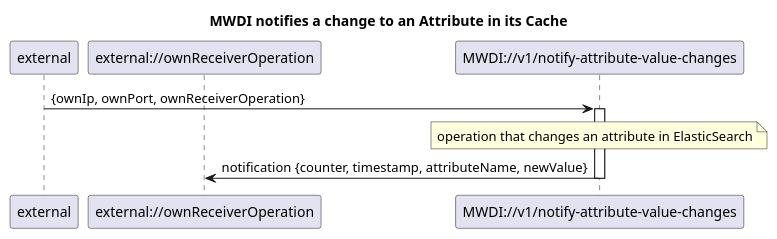
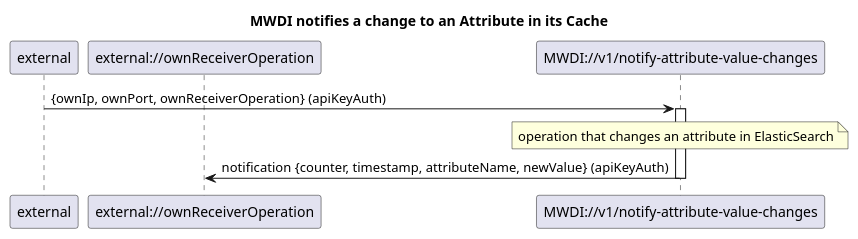
One commit to openBackhaul/MicroWaveDeviceInventory changed the diagram in spec/diagrams/120_MwdiNotifiesAttributeChange.plantuml. Above: the diagram before and after it, drawn with PlantUML. The commit also changed 9 other files, not shown here.

Commit message:
Update ServiceList based on diagrams

```diff
--- a/spec/diagrams/120_MwdiNotifiesAttributeChange.plantuml
+++ b/spec/diagrams/120_MwdiNotifiesAttributeChange.plantuml
@@ -1,18 +1,18 @@
 @startuml 120_MwdiNotifiesAttributeChange
 skinparam responseMessageBelowArrow true
 
 title MWDI notifies a change to an Attribute in its Cache
 
 participant "external" as external
 participant "external://ownReceiverOperation" as receiverOperation
 participant "MWDI://v1/notify-attribute-value-changes" as notifyAttributeChange
 
-external -> notifyAttributeChange: {ownIp, ownPort, ownReceiverOperation}
+external -> notifyAttributeChange: {ownIp, ownPort, ownReceiverOperation} (apiKeyAuth)
 activate notifyAttributeChange
 
 note over notifyAttributeChange: operation that changes an attribute in ElasticSearch
 
-notifyAttributeChange -> receiverOperation: notification {counter, timestamp, attributeName, newValue}
+notifyAttributeChange -> receiverOperation: notification {counter, timestamp, attributeName, newValue} (apiKeyAuth)
 deactivate notifyAttributeChange
 
 @enduml
```
